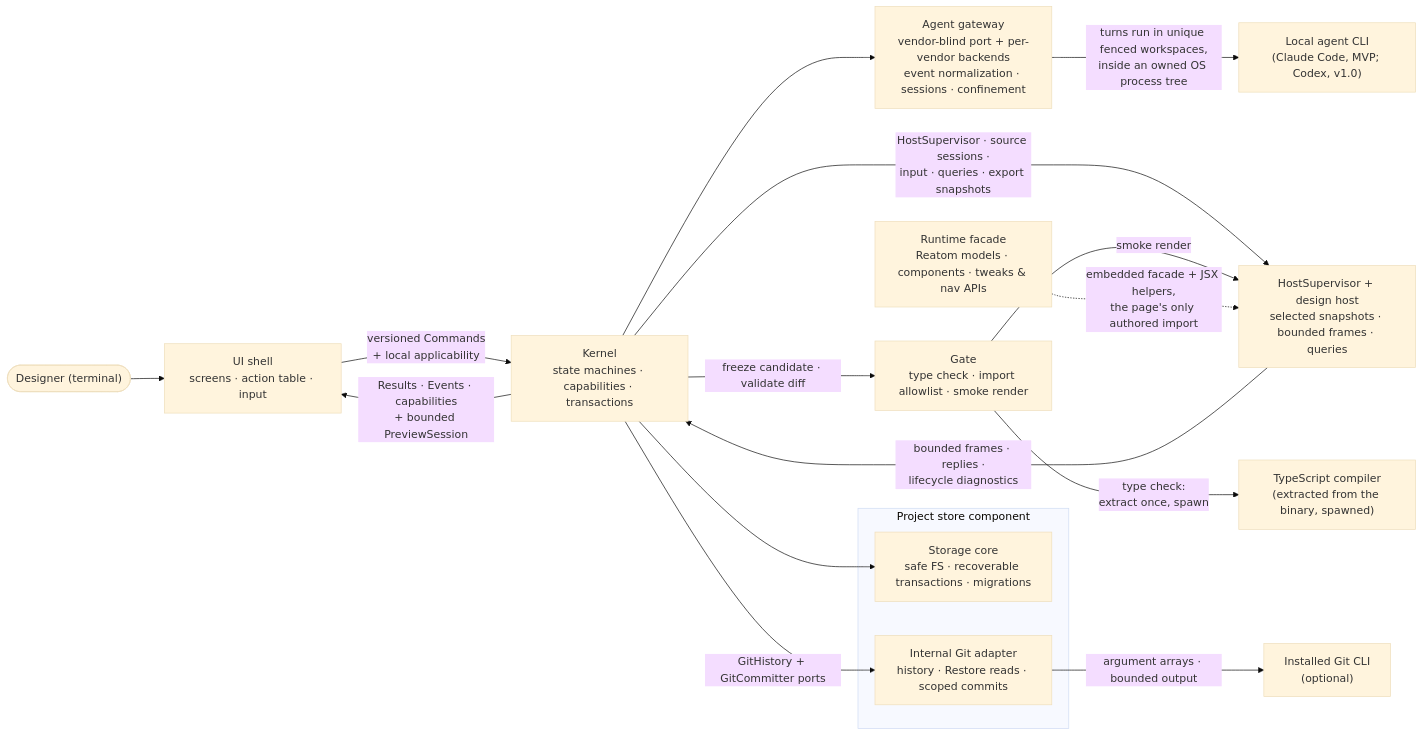
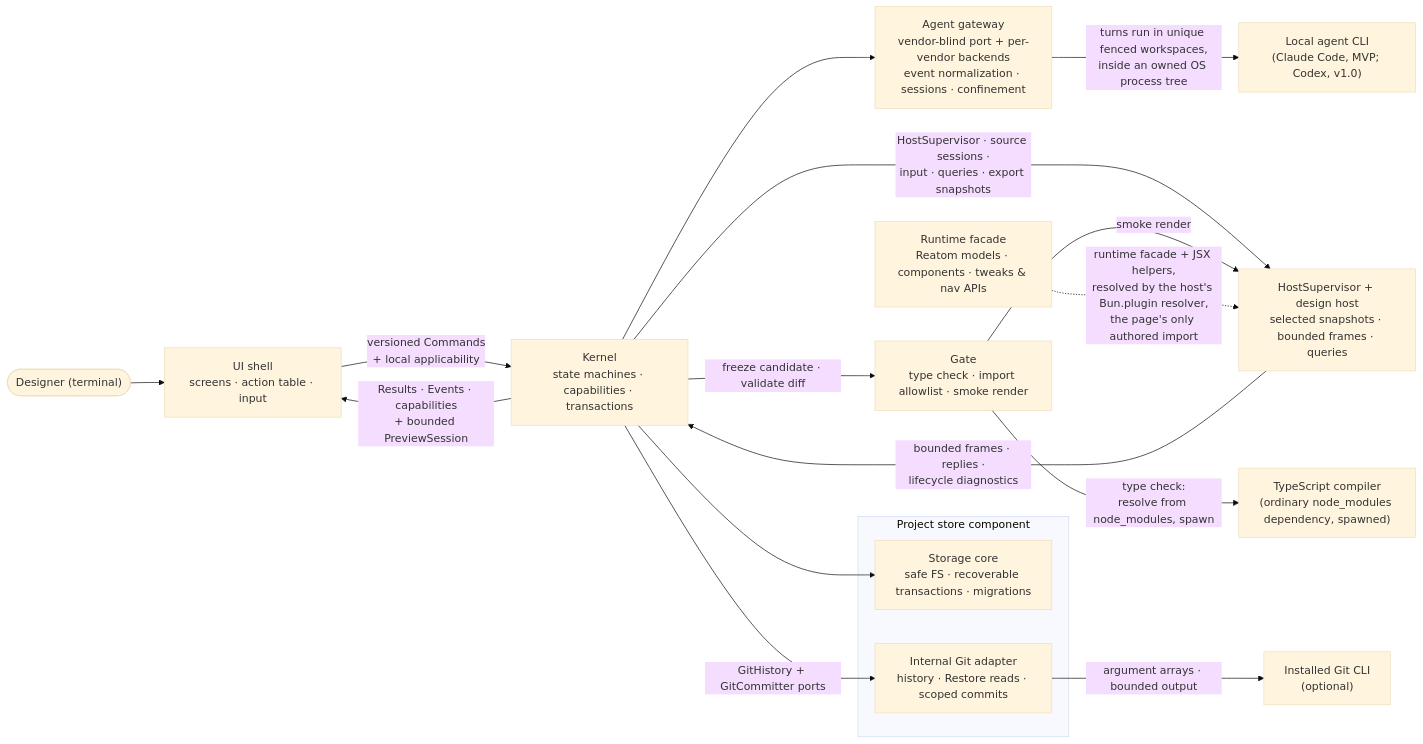
The diagram in docs/architecture/modules.md (khmilevoi/termcraft), drawn with Mermaid (base theme) before and after one commit. The commit also changed other lines of this file and 11 other files, not shown here.

````diff
--- a/docs/architecture/modules.md
+++ b/docs/architecture/modules.md
@@ -3,32 +3,32 @@
 ```mermaid
 flowchart LR
     designer(["Designer (terminal)"]) --> uishell
     cli["Local agent CLI<br/>(Claude Code, MVP; Codex, v1.0)"]
     gitcli["Installed Git CLI<br/>(optional)"]
-    tsc["TypeScript compiler<br/>(extracted from the binary, spawned)"]
+    tsc["TypeScript compiler<br/>(ordinary node_modules dependency, spawned)"]
 
     uishell["UI shell<br/>screens · action table · input"]
     kernel["Kernel<br/>state machines · capabilities · transactions"]
     gateway["Agent gateway<br/>vendor-blind port + per-vendor backends<br/>event normalization · sessions · confinement"]
     gate["Gate<br/>type check · import allowlist · smoke render"]
     runtime["Runtime facade<br/>Reatom models · components · tweaks & nav APIs"]
     host["HostSupervisor + design host<br/>selected snapshots · bounded frames · queries"]
     subgraph storecomponent["Project store component"]
         pstore["Storage core<br/>safe FS · recoverable transactions · migrations"]
         gitadapter["Internal Git adapter<br/>history · Restore reads · scoped commits"]
     end
 
     uishell -- "versioned Commands<br/>+ local applicability" --> kernel
     kernel -- "Results · Events · capabilities<br/>+ bounded PreviewSession" --> uishell
     kernel --> gateway
     gateway -- "turns run in unique fenced workspaces,<br/>inside an owned OS process tree" --> cli
     kernel -- "freeze candidate · validate diff" --> gate
     kernel --> pstore
     kernel -- "GitHistory + GitCommitter ports" --> gitadapter
     gitadapter -- "argument arrays · bounded output" --> gitcli
     kernel -- "HostSupervisor · source sessions ·<br/>input · queries · export snapshots" --> host
     host -- "bounded frames · replies ·<br/>lifecycle diagnostics" --> kernel
     gate -- "smoke render" --> host
-    gate -- "type check:<br/>extract once, spawn" --> tsc
-    runtime -. "embedded facade + JSX helpers,<br/>the page's only authored import" .-> host
+    gate -- "type check:<br/>resolve from node_modules, spawn" --> tsc
+    runtime -. "runtime facade + JSX helpers,<br/>resolved by the host's Bun.plugin resolver,<br/>the page's only authored import" .-> host
 ```
````
